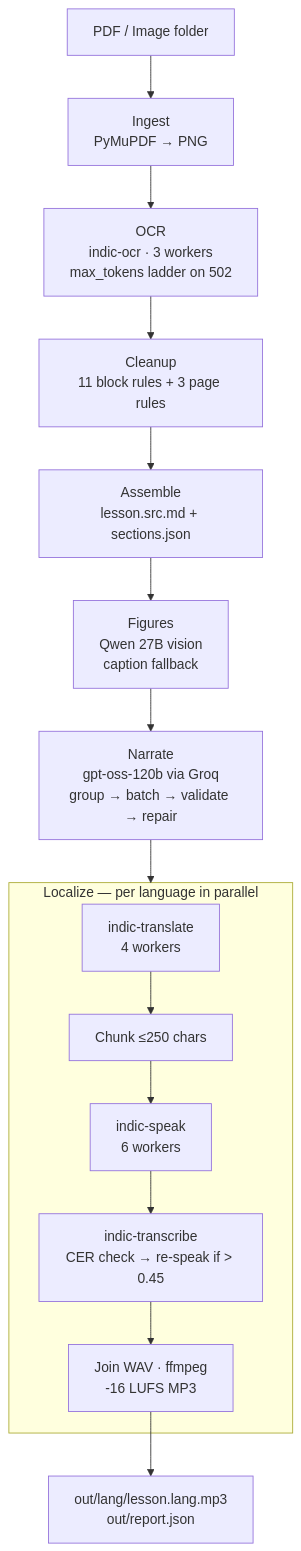
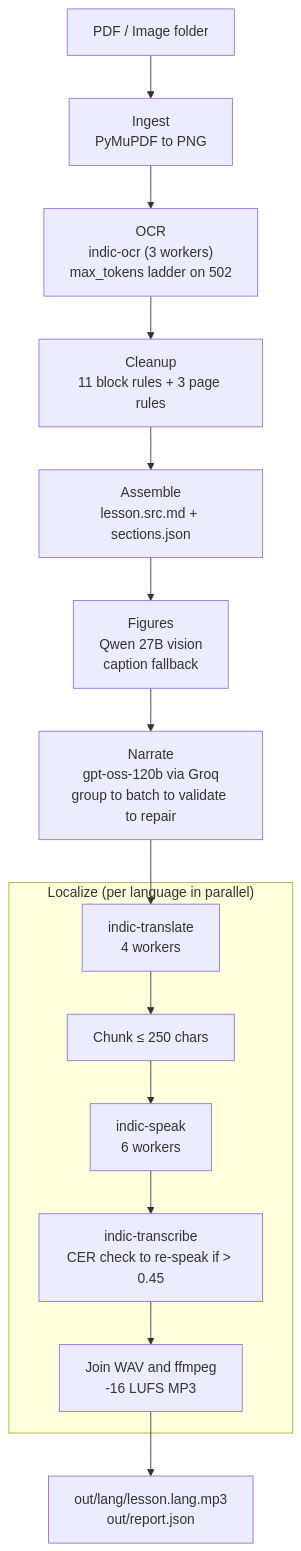
Before and after one commit to SHRIYAASK/bodhan_scannedbook_to_mp3: the first of 2 diagrams in README.md, drawn with Mermaid. The commit also changed other lines of this file, not shown here.

Commit message:
Fix Mermaid diagram syntax for GitHub renderer compatibility

````diff
--- a/README.md
+++ b/README.md
@@ -41,21 +41,19 @@
 ```mermaid
 flowchart TD
-  PDF["PDF / Image folder"] --> ING["Ingest\nPyMuPDF → PNG"]
-  ING --> OCR["OCR\nindic-ocr · 3 workers\nmax_tokens ladder on 502"]
-  OCR --> CLN["Cleanup\n11 block rules + 3 page rules"]
-  CLN --> ASM["Assemble\nlesson.src.md + sections.json"]
+  PDF["PDF / Image folder"] --> ING["Ingest<br/>PyMuPDF to PNG"]
+  ING --> OCR["OCR<br/>indic-ocr (3 workers)<br/>max_tokens ladder on 502"]
+  OCR --> CLN["Cleanup<br/>11 block rules + 3 page rules"]
+  CLN --> ASM["Assemble<br/>lesson.src.md + sections.json"]
+  ASM --> FIG["Figures<br/>Qwen 27B vision<br/>caption fallback"]
+  FIG --> NAR["Narrate<br/>gpt-oss-120b via Groq<br/>group to batch to validate to repair"]
+  NAR --> TR
 
-  ASM --> FIG["Figures\nQwen 27B vision\ncaption fallback"]
-  FIG --> NAR["Narrate\ngpt-oss-120b via Groq\ngroup → batch → validate → repair"]
-
-  NAR --> LOC
-
-  subgraph LOC["Localize — per language in parallel"]
-    TR["indic-translate\n4 workers"] --> CHK["Chunk ≤250 chars"]
-    CHK --> SP["indic-speak\n6 workers"]
-    SP --> CER["indic-transcribe\nCER check → re-speak if > 0.45"]
-    CER --> AUD["Join WAV · ffmpeg\n-16 LUFS MP3"]
+  subgraph LOC["Localize (per language in parallel)"]
+    TR["indic-translate<br/>4 workers"] --> CHK["Chunk &le; 250 chars"]
+    CHK --> SP["indic-speak<br/>6 workers"]
+    SP --> CER["indic-transcribe<br/>CER check to re-speak if > 0.45"]
+    CER --> AUD["Join WAV and ffmpeg<br/>-16 LUFS MP3"]
   end
 
-  AUD --> OUT["out/lang/lesson.lang.mp3\nout/report.json"]
+  AUD --> OUT["out/lang/lesson.lang.mp3<br/>out/report.json"]
 ```
````
